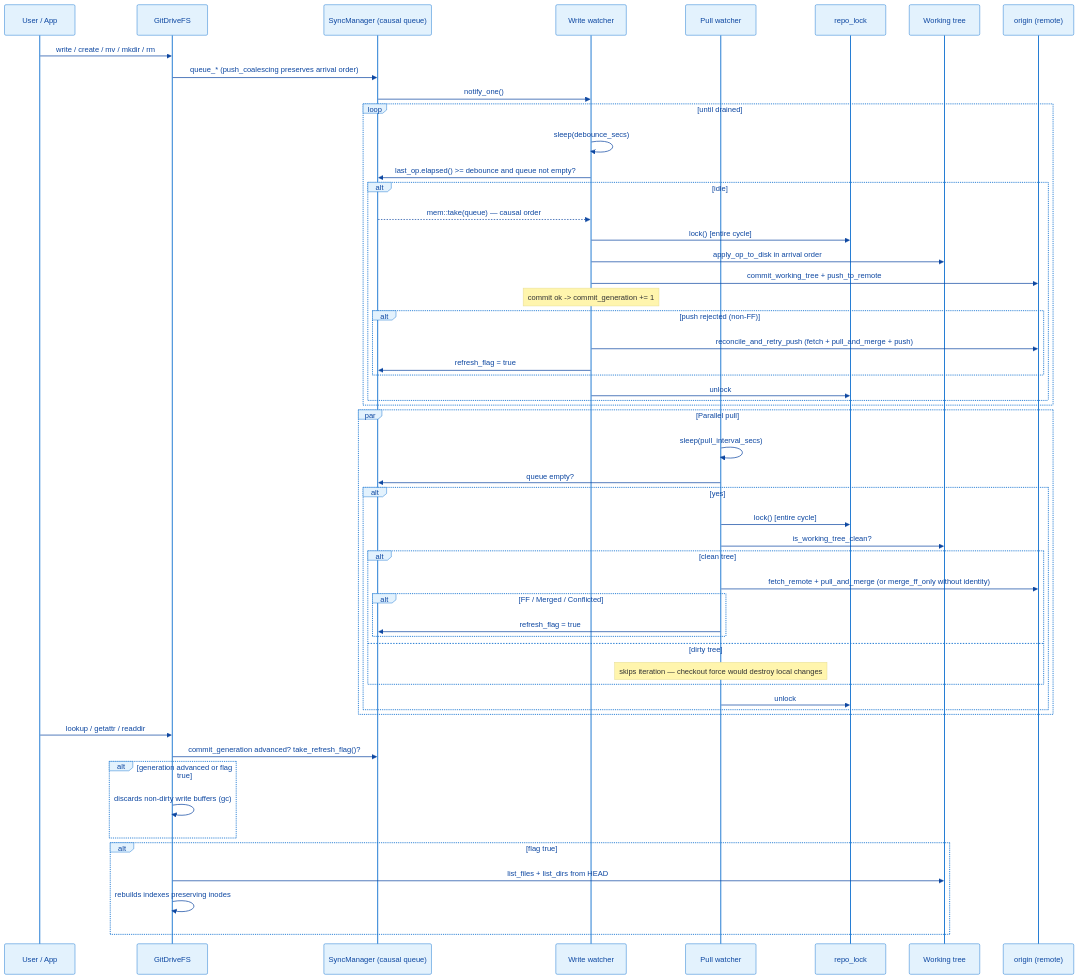
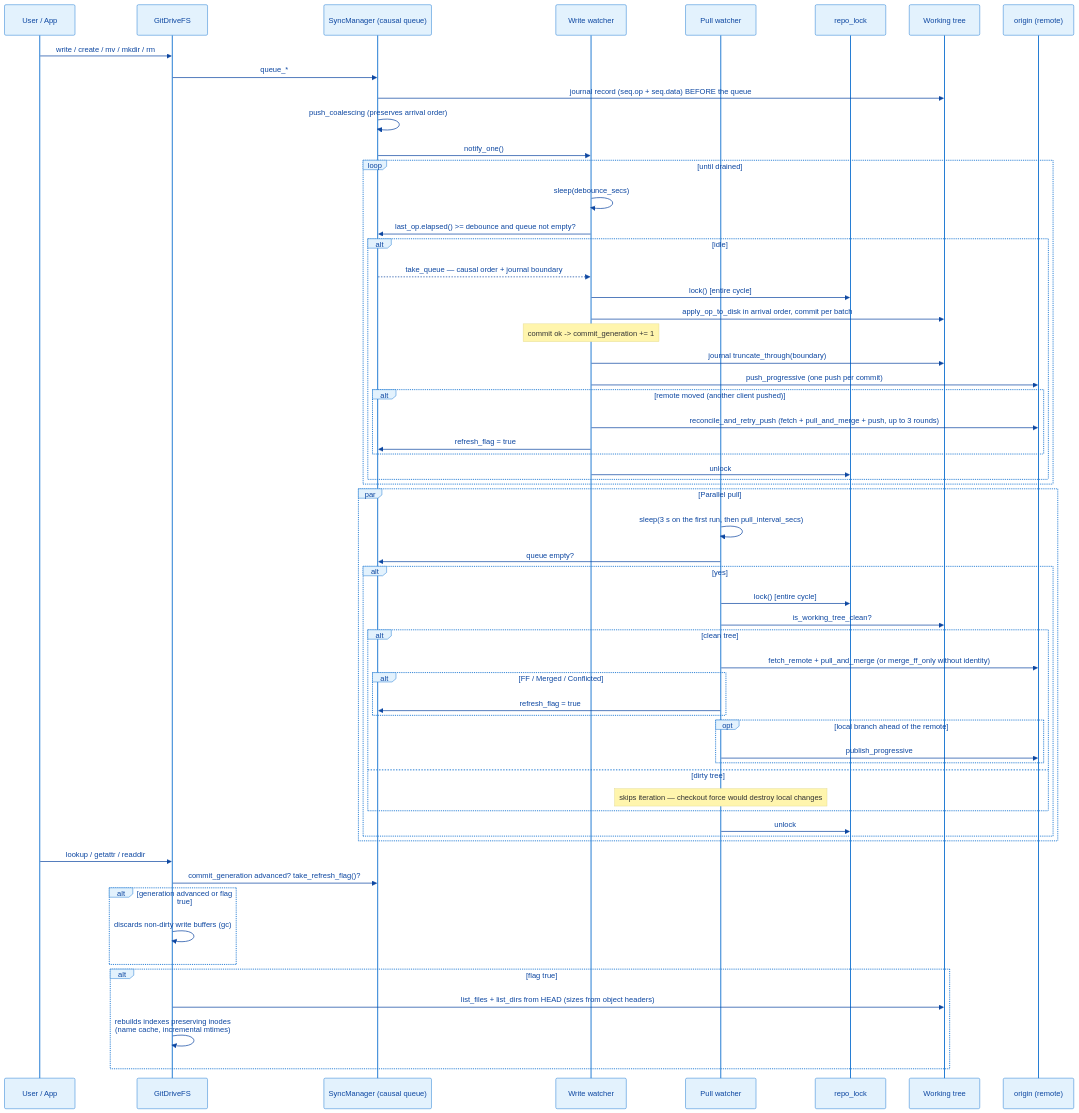
The diagram in docs/sync-flow.md (giacomeli/git-drive), drawn with Mermaid before and after one commit. The commit also changed other lines of this file and 8 other files, not shown here.

````diff
--- a/docs/sync-flow.md
+++ b/docs/sync-flow.md
@@ -9,64 +9,70 @@
 ```mermaid
 %%{init: {'theme':'base','themeVariables':{'primaryColor':'#E3F2FD','primaryTextColor':'#0D47A1','primaryBorderColor':'#1976D2','lineColor':'#546E7A'}}}%%
 sequenceDiagram
     accTitle: git-drive synchronization flow
     accDescr: FUSE operations enter the causal queue; the debounce watcher drains it, applies to disk, commits and pushes under the repo lock; the pull watcher fetches remote changes under the same lock, only with a clean working tree.
 
     participant User as User / App
     participant FS as GitDriveFS
     participant Sync as SyncManager (causal queue)
     participant WW as Write watcher
     participant PW as Pull watcher
     participant Lock as repo_lock
     participant Disk as Working tree
     participant Origin as origin (remote)
 
     User->>FS: write / create / mv / mkdir / rm
-    FS->>Sync: queue_* (push_coalescing preserves arrival order)
+    FS->>Sync: queue_*
+    Sync->>Disk: journal record (seq.op + seq.data) BEFORE the queue
+    Sync->>Sync: push_coalescing (preserves arrival order)
     Sync->>WW: notify_one()
 
     loop until drained
         WW->>WW: sleep(debounce_secs)
         WW->>Sync: last_op.elapsed() >= debounce and queue not empty?
         alt idle
-            Sync-->>WW: mem::take(queue) — causal order
+            Sync-->>WW: take_queue — causal order + journal boundary
             WW->>Lock: lock() [entire cycle]
-            WW->>Disk: apply_op_to_disk in arrival order
-            WW->>Origin: commit_working_tree + push_to_remote
+            WW->>Disk: apply_op_to_disk in arrival order, commit per batch
             Note over WW: commit ok -> commit_generation += 1
-            alt push rejected (non-FF)
-                WW->>Origin: reconcile_and_retry_push (fetch + pull_and_merge + push)
+            WW->>Disk: journal truncate_through(boundary)
+            WW->>Origin: push_progressive (one push per commit)
+            alt remote moved (another client pushed)
+                WW->>Origin: reconcile_and_retry_push (fetch + pull_and_merge + push, up to 3 rounds)
                 WW->>Sync: refresh_flag = true
             end
             WW->>Lock: unlock
         end
     end
 
     par Parallel pull
-        PW->>PW: sleep(pull_interval_secs)
+        PW->>PW: sleep(3 s on the first run, then pull_interval_secs)
         PW->>Sync: queue empty?
         alt yes
             PW->>Lock: lock() [entire cycle]
             PW->>Disk: is_working_tree_clean?
             alt clean tree
                 PW->>Origin: fetch_remote + pull_and_merge (or merge_ff_only without identity)
                 alt FF / Merged / Conflicted
                     PW->>Sync: refresh_flag = true
+                end
+                opt local branch ahead of the remote
+                    PW->>Origin: publish_progressive
                 end
             else dirty tree
                 Note over PW: skips iteration — checkout force would destroy local changes
             end
             PW->>Lock: unlock
         end
     end
 
     User->>FS: lookup / getattr / readdir
     FS->>Sync: commit_generation advanced? take_refresh_flag()?
     alt generation advanced or flag true
         FS->>FS: discards non-dirty write buffers (gc)
     end
     alt flag true
-        FS->>Disk: list_files + list_dirs from HEAD
-        FS->>FS: rebuilds indexes preserving inodes
+        FS->>Disk: list_files + list_dirs from HEAD (sizes from object headers)
+        FS->>FS: rebuilds indexes preserving inodes<br/>(name cache, incremental mtimes)
     end
 ```
````
